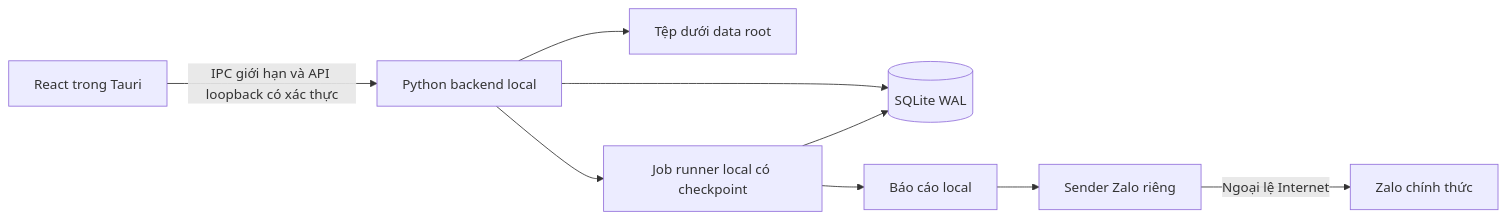
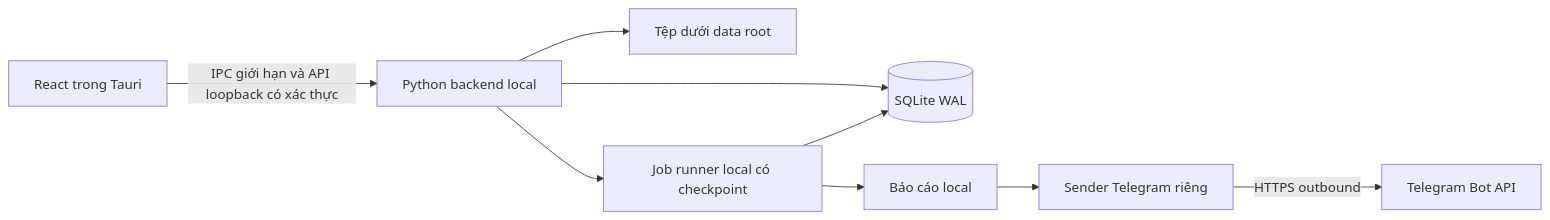
One commit to minh0407/cafe_fin changed the diagram in docs/ARCHITECTURE.md. Above: the diagram before and after it, drawn with Mermaid. The commit also changed other lines of this file and 12 other files, not shown here.

Commit message:
Replace Zalo delivery requirements and prompts with Telegram

````diff
--- a/docs/ARCHITECTURE.md
+++ b/docs/ARCHITECTURE.md
@@ -13,11 +13,11 @@
 ```mermaid
 flowchart LR
   UI[React trong Tauri] -->|IPC giới hạn và API loopback có xác thực| API[Python backend local]
   API --> DB[(SQLite WAL)]
   API --> FS[Tệp dưới data root]
   API --> JOB[Job runner local có checkpoint]
   JOB --> DB
   JOB --> REPORT[Báo cáo local]
-  REPORT --> SEND[Sender Zalo riêng]
-  SEND -->|Ngoại lệ Internet| ZALO[Zalo chính thức]
+  REPORT --> SEND[Sender Telegram riêng]
+  SEND -->|HTTPS outbound| TELEGRAM[Telegram Bot API]
 ```
````
